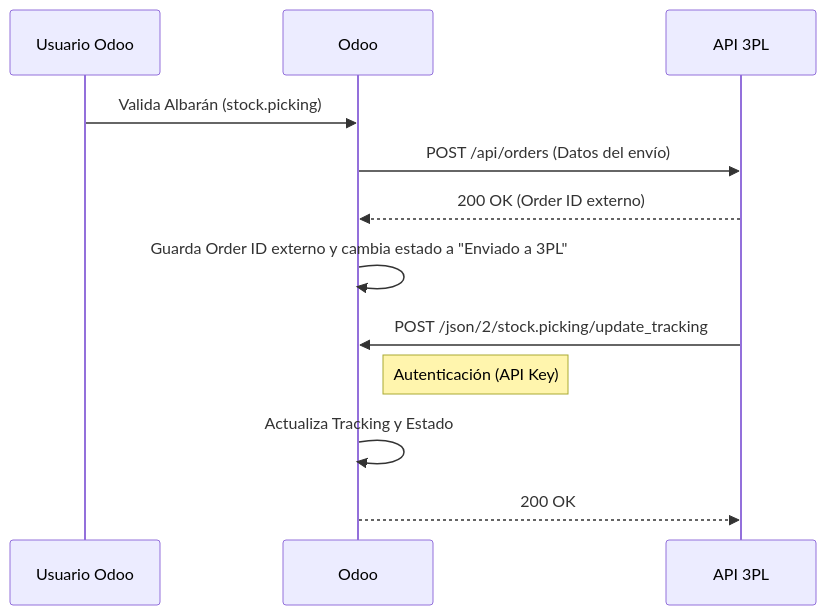
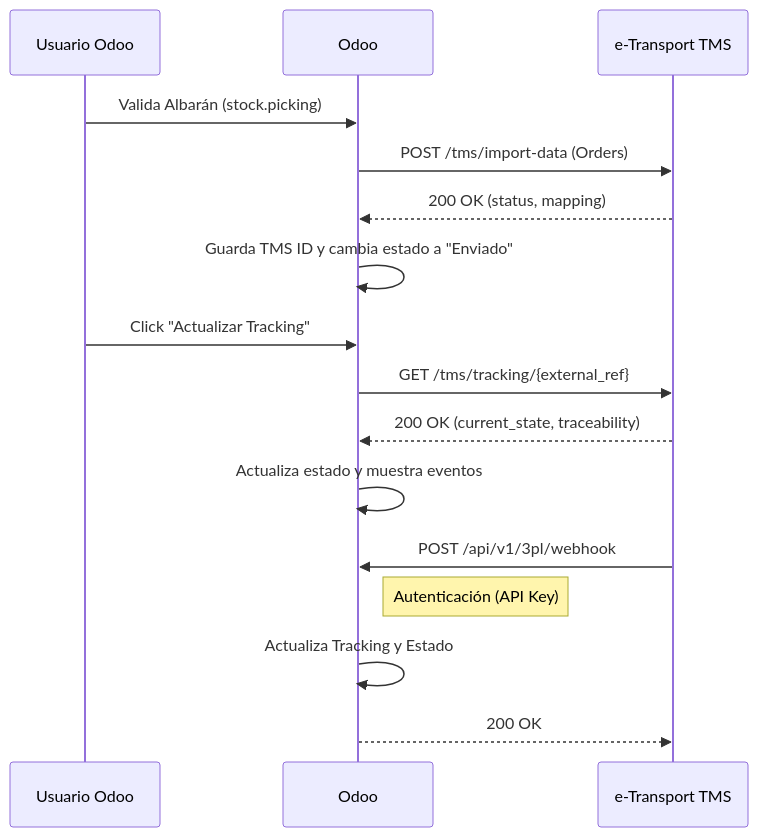
Before and after one commit to rogerdk/logistics_3pl_connector: the diagram in 3PL_INTEGRATION_SPECS.md, drawn with Mermaid. The commit also changed other lines of this file and 7 other files, not shown here.

````diff
--- a/3PL_INTEGRATION_SPECS.md
+++ b/3PL_INTEGRATION_SPECS.md
@@ -14,18 +14,24 @@
 ```mermaid
 sequenceDiagram
     participant User as Usuario Odoo
     participant Odoo
-    participant 3PL as API 3PL
+    participant eTrans as e-Transport TMS
 
     %% Outbound Flow
     User->>Odoo: Valida Albarán (stock.picking)
-    Odoo->>3PL: POST /api/orders (Datos del envío)
-    3PL-->>Odoo: 200 OK (Order ID externo)
-    Odoo->>Odoo: Guarda Order ID externo y cambia estado a "Enviado a 3PL"
+    Odoo->>eTrans: POST /tms/import-data (Orders)
+    eTrans-->>Odoo: 200 OK (status, mapping)
+    Odoo->>Odoo: Guarda TMS ID y cambia estado a "Enviado"
 
-    %% Inbound Flow (Webhook)
-    3PL->>Odoo: POST /json/2/stock.picking/update_tracking
+    %% Tracking Flow (Manual)
+    User->>Odoo: Click "Actualizar Tracking"
+    Odoo->>eTrans: GET /tms/tracking/{external_ref}
+    eTrans-->>Odoo: 200 OK (current_state, traceability)
+    Odoo->>Odoo: Actualiza estado y muestra eventos
+
+    %% Webhook Flow (Optional)
+    eTrans->>Odoo: POST /api/v1/3pl/webhook
     Note right of Odoo: Autenticación (API Key)
     Odoo->>Odoo: Actualiza Tracking y Estado
-    Odoo-->>3PL: 200 OK
+    Odoo-->>eTrans: 200 OK
 ```
````
